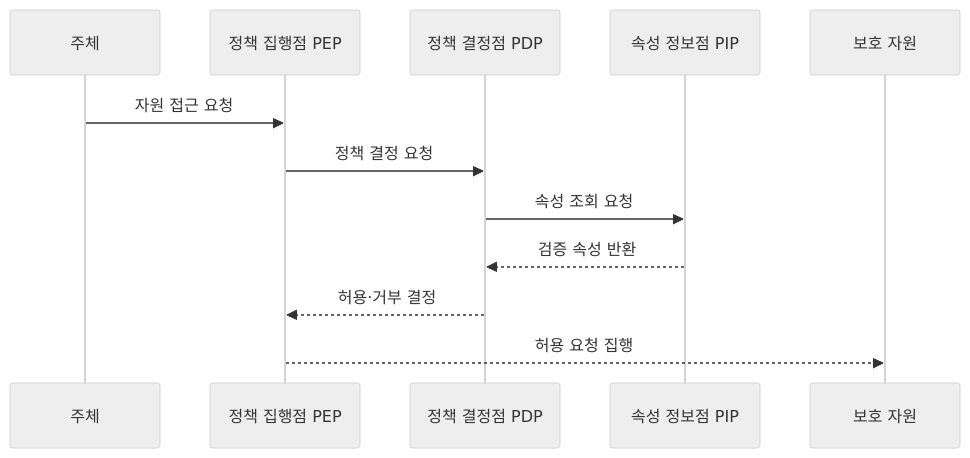
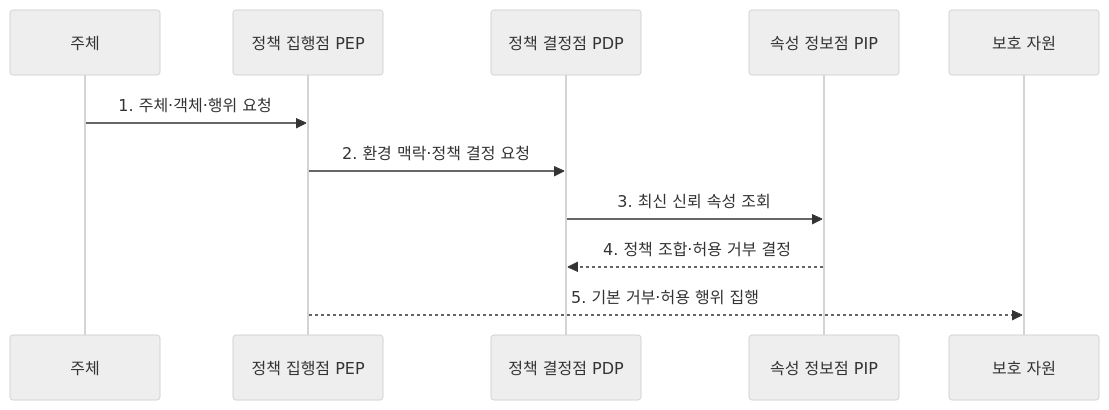
The second of 2 diagrams in src/content/docs/notes/05-security/060_abac.md (agnusdei1207/knowledge-base), drawn with Mermaid (neutral theme) before and after one commit. The commit also changed other lines of this file and 11 other files, not shown here.

````diff
--- a/src/content/docs/notes/05-security/060_abac.md
+++ b/src/content/docs/notes/05-security/060_abac.md
@@ -83,14 +84,13 @@
 ```mermaid
 sequenceDiagram
     participant S as 주체
     participant E as 정책 집행점 PEP
     participant D as 정책 결정점 PDP
     participant I as 속성 정보점 PIP
     participant R as 보호 자원
-    S->>E: 자원 접근 요청
-    E->>D: 정책 결정 요청
-    D->>I: 속성 조회 요청
-    I-->>D: 검증 속성 반환
-    D-->>E: 허용·거부 결정
-    E-->>R: 허용 요청 집행
+    S->>E: 1. 주체·객체·행위 요청
+    E->>D: 2. 환경 맥락·정책 결정 요청
+    D->>I: 3. 최신 신뢰 속성 조회
+    I-->>D: 4. 정책 조합·허용 거부 결정
+    E-->>R: 5. 기본 거부·허용 행위 집행
 ```
````
